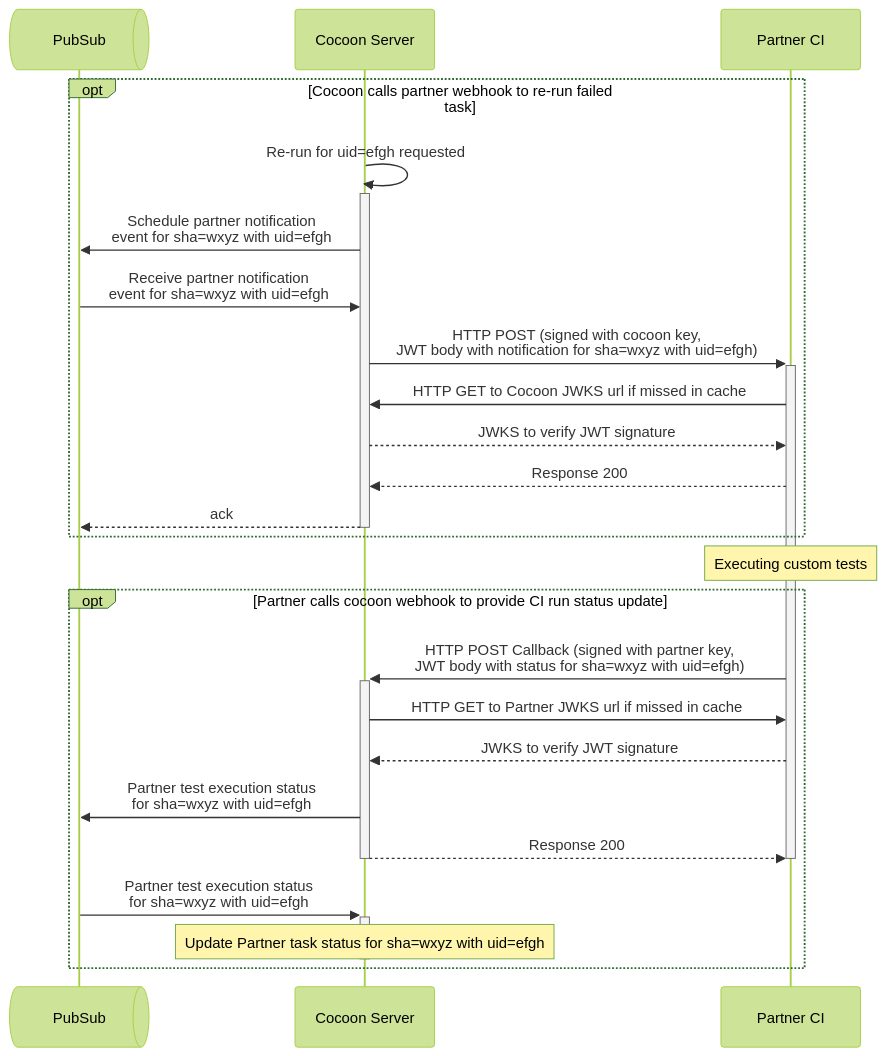
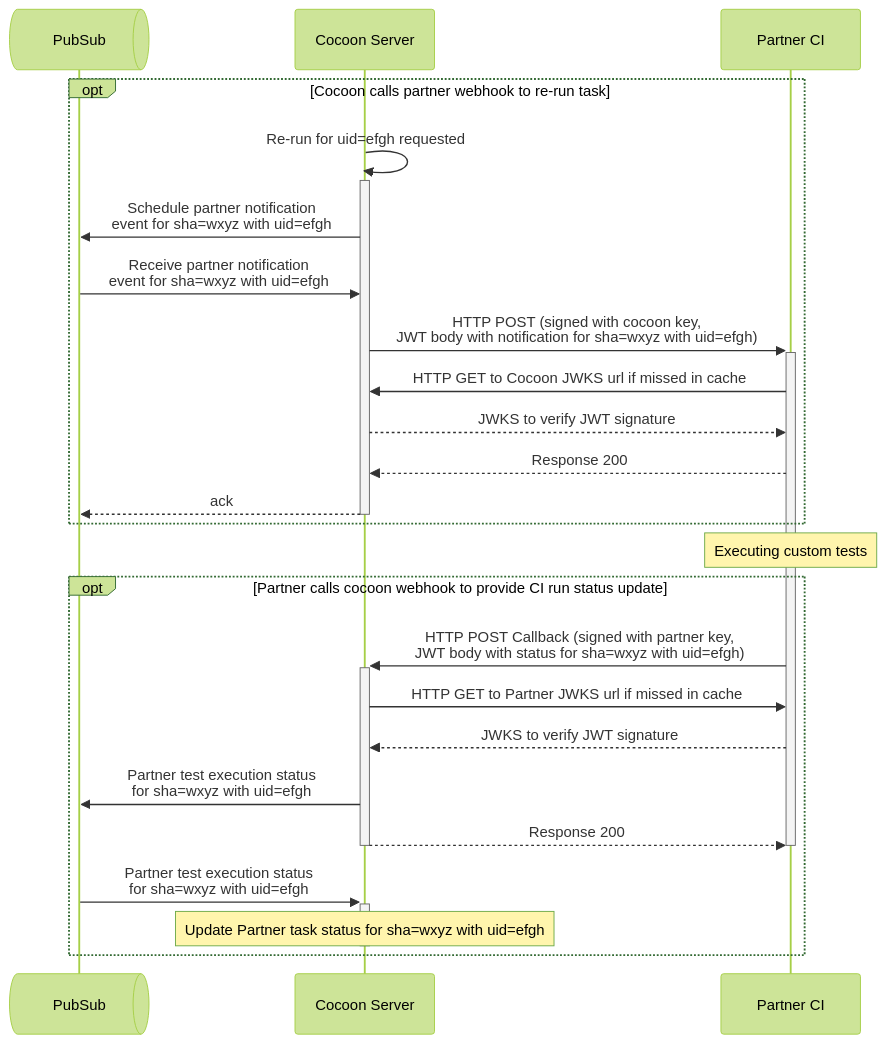
The seventh of 10 diagrams in rfc/610.0000-flutter-pluggable-ci.md (flutter/rfc), drawn with Mermaid (forest theme) before and after one commit. The commit also changed other lines of this file, not shown here.

Commit message:
allow re-run of not failed tasks

````diff
--- a/rfc/610.0000-flutter-pluggable-ci.md
+++ b/rfc/610.0000-flutter-pluggable-ci.md
@@ -253,32 +253,32 @@
 ```mermaid
 sequenceDiagram
     participant PubSub@{"type":"queue"}
     participant Cocoon as Cocoon Server
     participant Partner as Partner CI
 
-    opt Cocoon calls partner webhook to re-run failed task
+    opt Cocoon calls partner webhook to re-run task
         Cocoon->>+Cocoon: Re-run for uid=efgh requested
         Cocoon->>PubSub: Schedule partner notification<br/>event for sha=wxyz with uid=efgh
         PubSub->>Cocoon: Receive partner notification<br/>event for sha=wxyz with uid=efgh
         Cocoon->>+Partner: HTTP POST (signed with cocoon key,<br/>JWT body with notification for sha=wxyz with uid=efgh)
         Partner->>Cocoon: HTTP GET to Cocoon JWKS url if missed in cache
         Cocoon-->>Partner: JWKS to verify JWT signature
         Partner-->>Cocoon: Response 200
         Cocoon-->>-PubSub: ack
     end
 
     Note over Partner: Executing custom tests
 
     opt Partner calls cocoon webhook to provide CI run status update
         Partner->>+Cocoon: HTTP POST Callback (signed with partner key,<br/>JWT body with status for sha=wxyz with uid=efgh)
         Cocoon->>Partner: HTTP GET to Partner JWKS url if missed in cache
         Partner-->>Cocoon: JWKS to verify JWT signature
         Cocoon->>PubSub: Partner test execution status<br/>for sha=wxyz with uid=efgh
         Cocoon-->>-Partner: Response 200
         deactivate Partner
 
         PubSub->>+Cocoon: Partner test execution status<br/>for sha=wxyz with uid=efgh
         Note over Cocoon: Update Partner task status for sha=wxyz with uid=efgh
         deactivate Cocoon
     end
 ```
````
